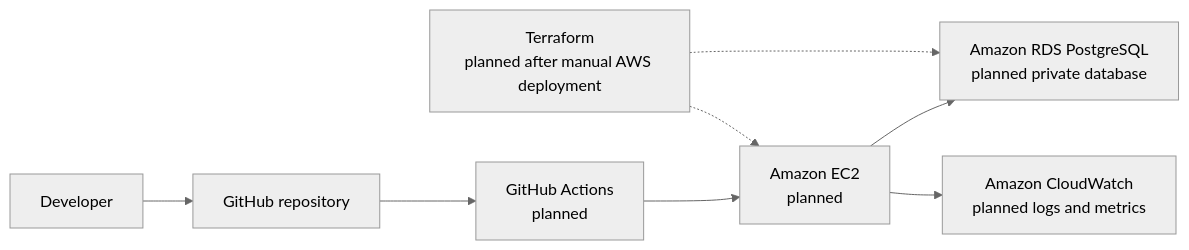
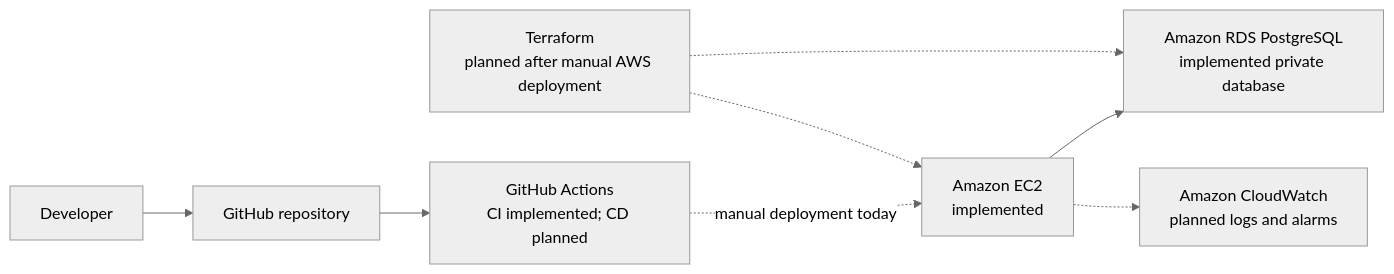
Before and after one commit to StevenLiu1201/cloudops-status-platform: the second of 2 diagrams in README.md, drawn with Mermaid (neutral theme). The commit also changed other lines of this file and 1 other file, not shown here.

Commit message:
Document manual AWS deployment

````diff
--- a/README.md
+++ b/README.md
@@ -198,10 +214,10 @@
 ```mermaid
 flowchart LR
     Developer["Developer"] --> GitHub["GitHub repository"]
-    GitHub --> Actions["GitHub Actions<br/>planned"]
-    Actions --> EC2["Amazon EC2<br/>planned"]
-    EC2 --> RDS["Amazon RDS PostgreSQL<br/>planned private database"]
-    EC2 --> CloudWatch["Amazon CloudWatch<br/>planned logs and metrics"]
+    GitHub --> Actions["GitHub Actions<br/>CI implemented; CD planned"]
+    Actions -.->|"manual deployment today"| EC2["Amazon EC2<br/>implemented"]
+    EC2 --> RDS["Amazon RDS PostgreSQL<br/>implemented private database"]
+    EC2 -.-> CloudWatch["Amazon CloudWatch<br/>planned logs and alarms"]
     Terraform["Terraform<br/>planned after manual AWS deployment"] -.-> EC2
     Terraform -.-> RDS
 ```
````
